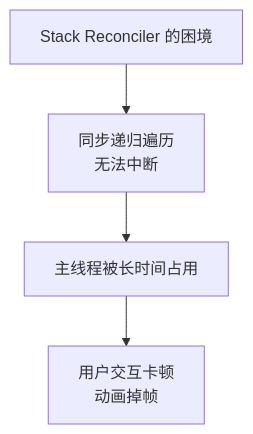
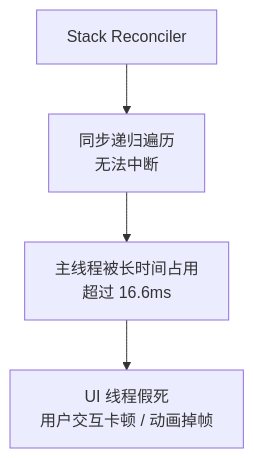
One commit to sentibeitaokong/CoreFront-EndConcepts changed the first of 5 diagrams in apps/docs/frameworks/react/advanced/core-design/fiberArchitecture.md. Above: the diagram before and after it, drawn with Mermaid. The commit also changed other lines of this file and 1 other file, not shown here.

````diff
--- a/apps/docs/frameworks/react/advanced/core-design/fiberArchitecture.md
+++ b/apps/docs/frameworks/react/advanced/core-design/fiberArchitecture.md
@@ -27,6 +32,7 @@
 ```mermaid
 flowchart TD
-    Problem[Stack Reconciler 的困境] --> Sync[同步递归遍历<br/>无法中断]
-    Sync --> Blocked[主线程被长时间占用]
-    Blocked --> Jank[用户交互卡顿<br/>动画掉帧]
+    Problem[Stack Reconciler] --> Sync[同步递归遍历<br/>无法中断]
+    Sync --> Blocked[主线程被长时间占用<br/>超过 16.6ms]
+    Blocked --> Jank[UI 线程假死<br/>用户交互卡顿 / 动画掉帧]
+
 ```
````
